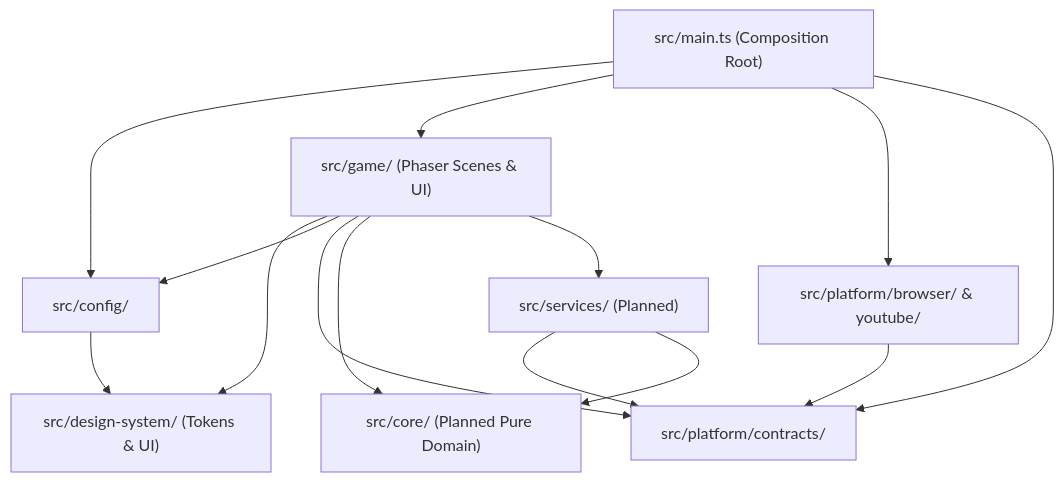
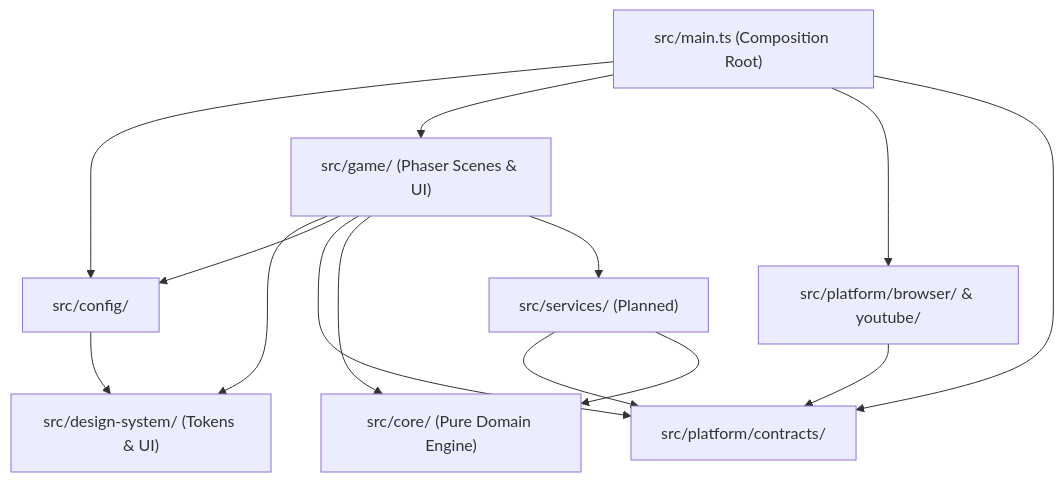
The diagram in docs/ARCHITECTURE.md (Felix-Red/BottleShuffle), drawn with Mermaid before and after one commit. The commit also changed other lines of this file and 31 other files, not shown here.

````diff
--- a/docs/ARCHITECTURE.md
+++ b/docs/ARCHITECTURE.md
@@ -15,27 +15,27 @@
 ```mermaid
 flowchart TD
     Main["src/main.ts (Composition Root)"]
     Config["src/config/"]
     Game["src/game/ (Phaser Scenes & UI)"]
     Design["src/design-system/ (Tokens & UI)"]
     PlatformContracts["src/platform/contracts/"]
     PlatformImpl["src/platform/browser/ & youtube/"]
     Services["src/services/ (Planned)"]
-    Core["src/core/ (Planned Pure Domain)"]
+    Core["src/core/ (Pure Domain Engine)"]
 
     Main --> Config
     Main --> Game
     Main --> PlatformImpl
     Main --> PlatformContracts
 
     Config --> Design
     Game --> Design
     Game --> Config
     Game --> PlatformContracts
     Game --> Core
     Game --> Services
 
     Services --> PlatformContracts
     Services --> Core
     PlatformImpl --> PlatformContracts
 ```
````
